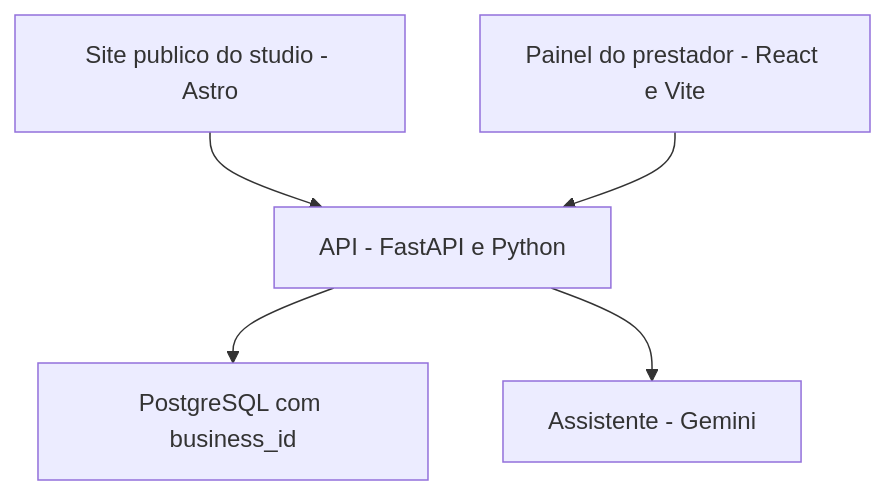
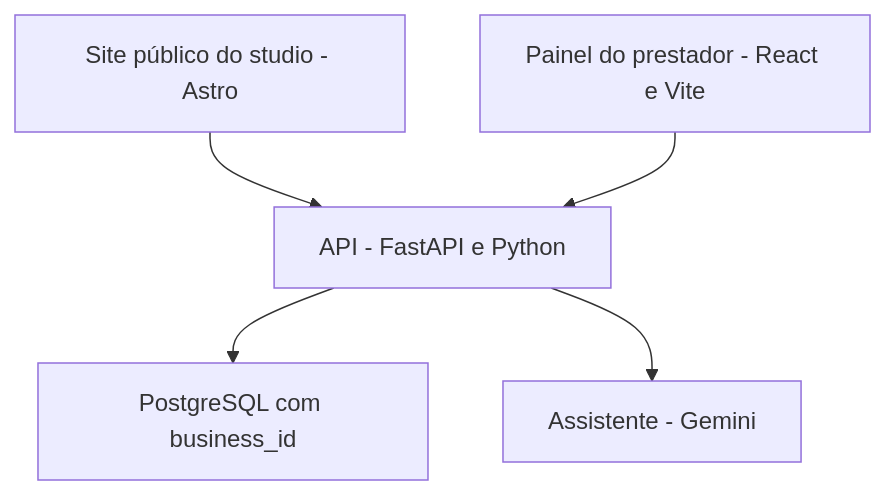
One commit to nadsbordoni/organizae changed the diagram in README.md. Above: the diagram before and after it, drawn with Mermaid. The commit also changed other lines of this file, not shown here.

````diff
--- a/README.md
+++ b/README.md
@@ -9,7 +31,7 @@
 ```mermaid
 flowchart TD
-    A["Site publico do studio - Astro"] --> D["API - FastAPI e Python"]
+    A["Site público do studio - Astro"] --> D["API - FastAPI e Python"]
     B["Painel do prestador - React e Vite"] --> D
     D --> E["PostgreSQL com business_id"]
     D --> F["Assistente - Gemini"]
 ```
````
